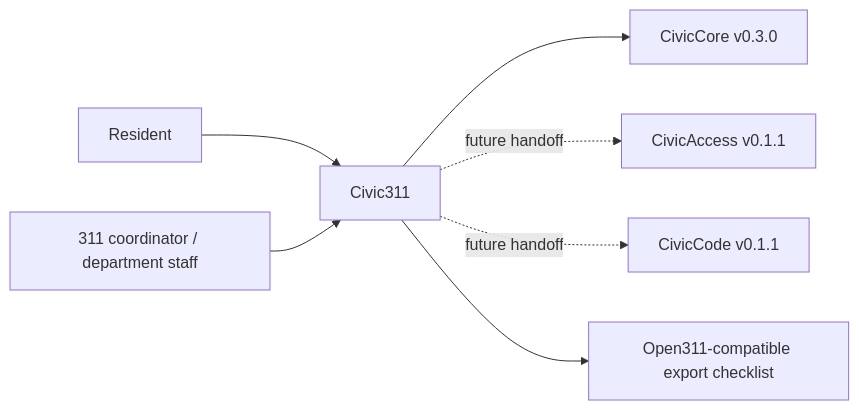
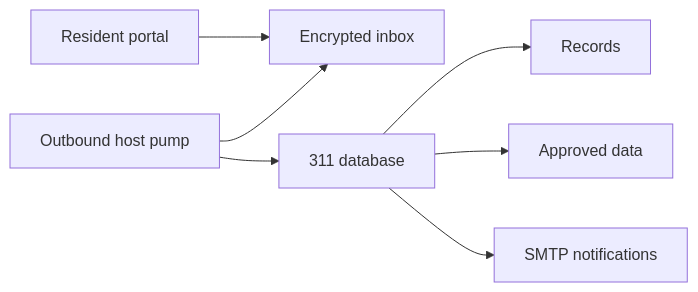
Before and after one commit to townlight/311: the diagram in USER-MANUAL.md, drawn with Mermaid. The commit also changed other lines of this file and 52 other files, not shown here.

````diff
--- a/USER-MANUAL.md
+++ b/USER-MANUAL.md
@@ -38,9 +32,9 @@
 ```mermaid
 flowchart LR
-  Resident["Resident"] --> Civic311["Civic311"]
-  Staff["311 coordinator / department staff"] --> Civic311
-  Civic311 --> CivicCore["CivicCore v0.3.0"]
-  Civic311 -. future handoff .-> CivicAccess["CivicAccess v0.1.1"]
-  Civic311 -. future handoff .-> CivicCode["CivicCode v0.1.1"]
-  Civic311 --> Export["Open311-compatible export checklist"]
+  RP["Resident portal"] --> EI["Encrypted inbox"]
+  OHP["Outbound host pump"] --> EI
+  OHP --> DB["311 database"]
+  DB --> REC["Records"]
+  DB --> AD["Approved data"]
+  DB --> SMTP["SMTP notifications"]
 ```
````
